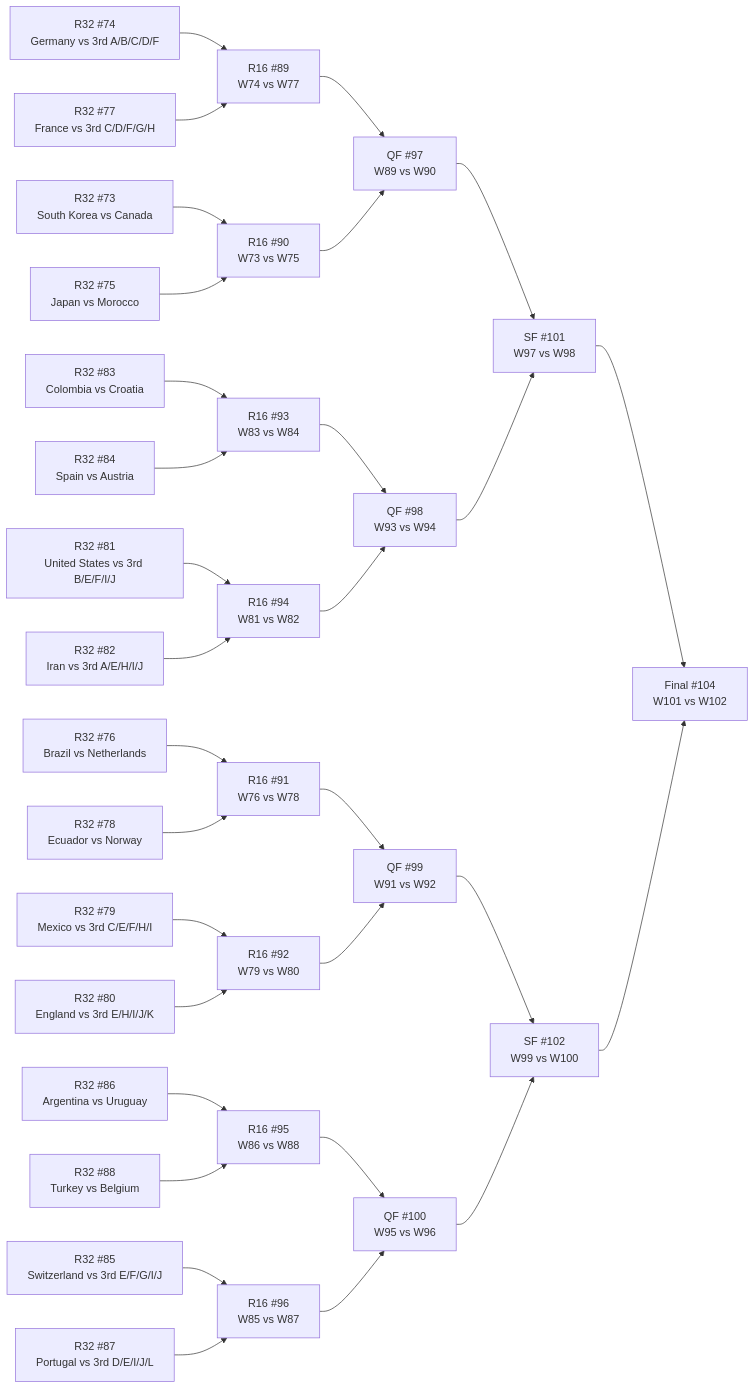
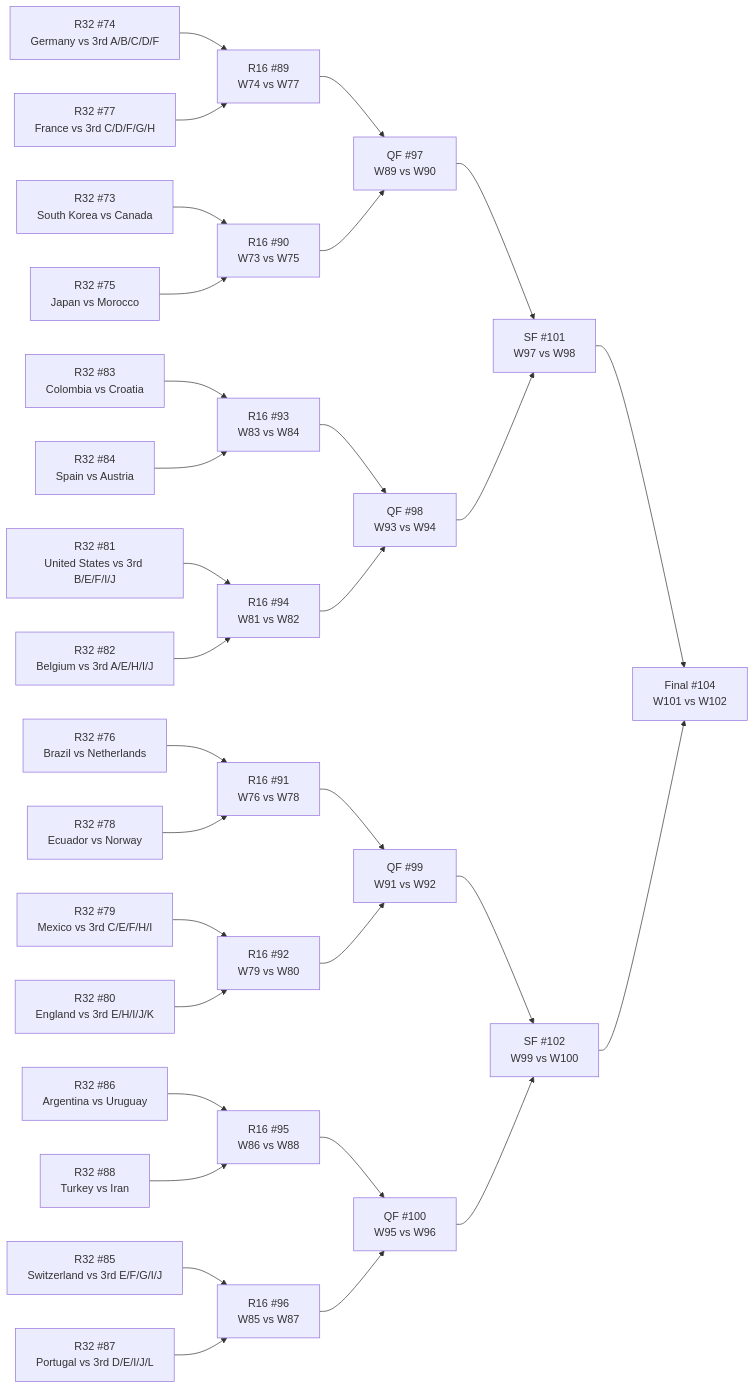
Before and after one commit to Tutai-Tran/WC-2026-predictor: the diagram in WC vault/_bracket.md, drawn with Mermaid. The commit also changed 72 other files, not shown here.

````diff
--- a/WC vault/_bracket.md
+++ b/WC vault/_bracket.md
@@ -11,64 +11,64 @@
 ```mermaid
 flowchart LR
   M73["R32 #73<br>South Korea vs Canada"]
   M74["R32 #74<br>Germany vs 3rd A/B/C/D/F"]
   M75["R32 #75<br>Japan vs Morocco"]
   M76["R32 #76<br>Brazil vs Netherlands"]
   M77["R32 #77<br>France vs 3rd C/D/F/G/H"]
   M78["R32 #78<br>Ecuador vs Norway"]
   M79["R32 #79<br>Mexico vs 3rd C/E/F/H/I"]
   M80["R32 #80<br>England vs 3rd E/H/I/J/K"]
   M81["R32 #81<br>United States vs 3rd B/E/F/I/J"]
-  M82["R32 #82<br>Iran vs 3rd A/E/H/I/J"]
+  M82["R32 #82<br>Belgium vs 3rd A/E/H/I/J"]
   M83["R32 #83<br>Colombia vs Croatia"]
   M84["R32 #84<br>Spain vs Austria"]
   M85["R32 #85<br>Switzerland vs 3rd E/F/G/I/J"]
   M86["R32 #86<br>Argentina vs Uruguay"]
   M87["R32 #87<br>Portugal vs 3rd D/E/I/J/L"]
-  M88["R32 #88<br>Turkey vs Belgium"]
+  M88["R32 #88<br>Turkey vs Iran"]
   M89["R16 #89<br>W74 vs W77"]
   M90["R16 #90<br>W73 vs W75"]
   M91["R16 #91<br>W76 vs W78"]
   M92["R16 #92<br>W79 vs W80"]
   M93["R16 #93<br>W83 vs W84"]
   M94["R16 #94<br>W81 vs W82"]
   M95["R16 #95<br>W86 vs W88"]
   M96["R16 #96<br>W85 vs W87"]
   M97["QF #97<br>W89 vs W90"]
   M98["QF #98<br>W93 vs W94"]
   M99["QF #99<br>W91 vs W92"]
   M100["QF #100<br>W95 vs W96"]
   M101["SF #101<br>W97 vs W98"]
   M102["SF #102<br>W99 vs W100"]
   M104["Final #104<br>W101 vs W102"]
   M74 --> M89
   M77 --> M89
   M73 --> M90
   M75 --> M90
   M76 --> M91
   M78 --> M91
   M79 --> M92
   M80 --> M92
   M83 --> M93
   M84 --> M93
   M81 --> M94
   M82 --> M94
   M86 --> M95
   M88 --> M95
   M85 --> M96
   M87 --> M96
   M89 --> M97
   M90 --> M97
   M93 --> M98
   M94 --> M98
   M91 --> M99
   M92 --> M99
   M95 --> M100
   M96 --> M100
   M97 --> M101
   M98 --> M101
   M99 --> M102
   M100 --> M102
   M101 --> M104
   M102 --> M104
 ```
````
